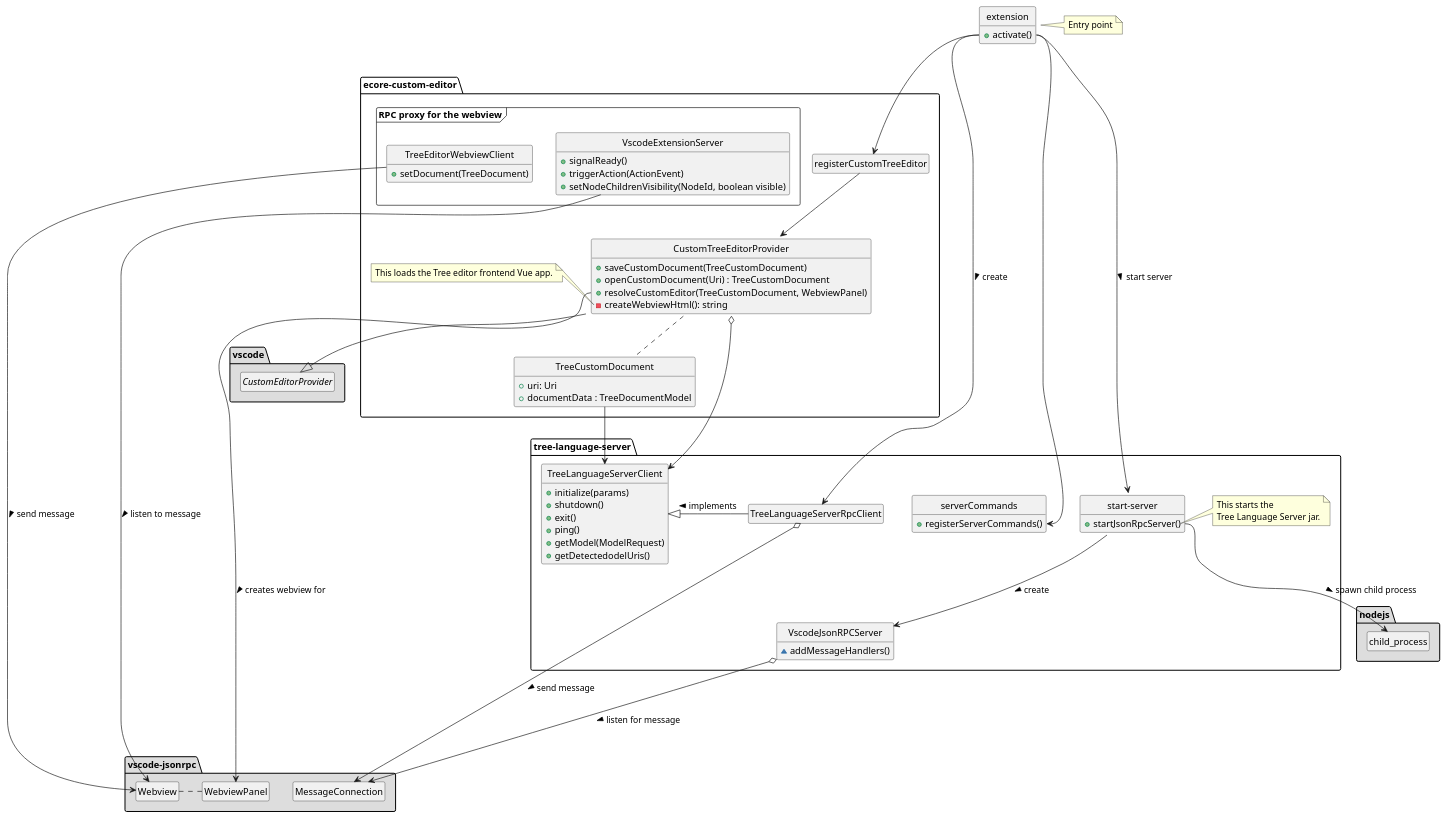
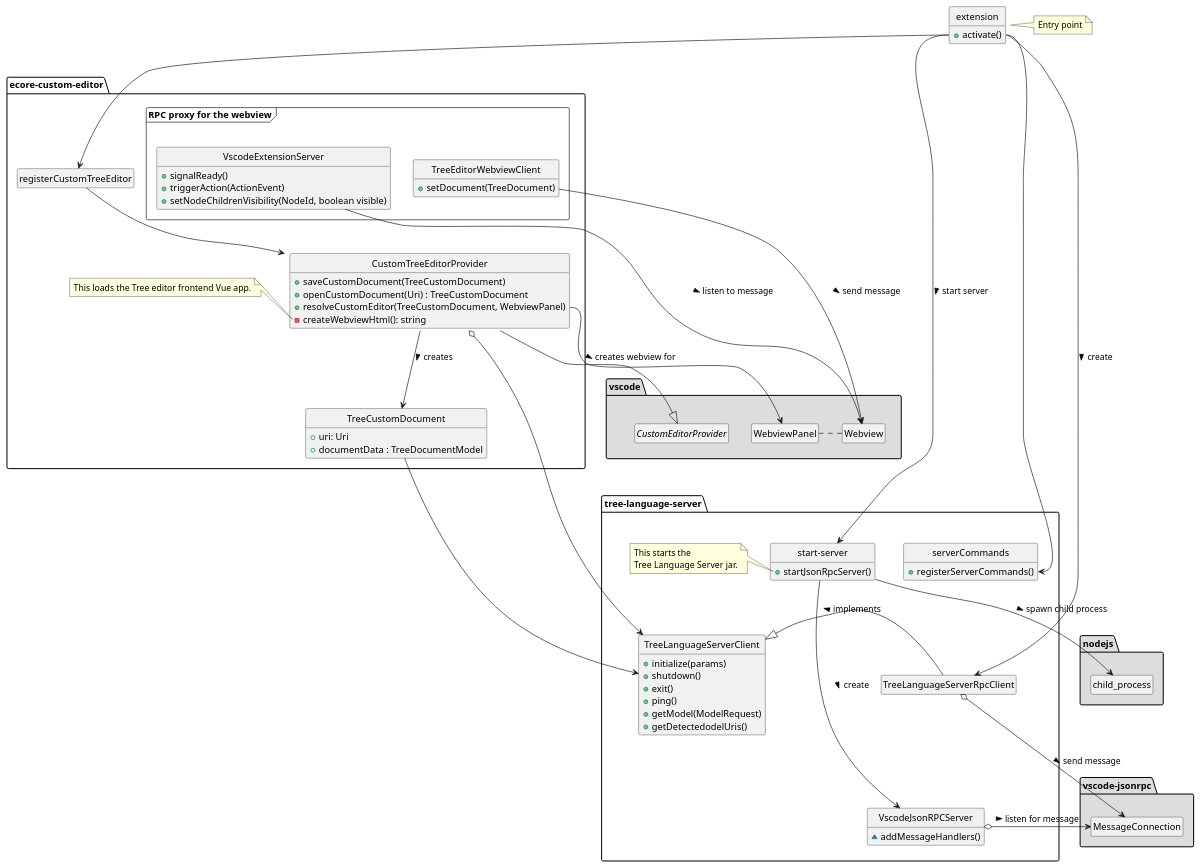
Before and after one commit to krissrex/tdt4900-master-thesis-cloud-modeling-latex: the diagram in figures/tree-editor-extension.code.puml, drawn with PlantUML. The commit also changed 9 other files, not shown here.

Commit message:
Improve diagrams

```diff
--- a/figures/tree-editor-extension.code.puml
+++ b/figures/tree-editor-extension.code.puml
@@ -1,118 +1,123 @@
 @startuml Tree_Editor_Extension_code
 hide empty members
 hide circle
 
 class extension {
   + activate()
 }
 
 note right of extension : Entry point
 
 package "tree-language-server" {
   class TreeLanguageServerRpcClient
 
   class "start-server" as startServer
 
   class serverCommands {
     + registerServerCommands()
   }
 
   class "start-server" as startServer {
     + startJsonRpcServer()
   }
 
-  note right of startServer::startJsonRpcServer
+  note left of startServer::startJsonRpcServer
     This starts the
     Tree Language Server jar.
   end note
 
 
   class TreeLanguageServerClient {
     + initialize(params)
     + shutdown()
     + exit()
     + ping()
     + getModel(ModelRequest)
     + getDetectedodelUris()
   }
 
   class VscodeJsonRPCServer {
     ~ addMessageHandlers()
   }
 
   startServer --> VscodeJsonRPCServer : create >
-  TreeLanguageServerRpcClient -|> TreeLanguageServerClient : implements >
+  TreeLanguageServerClient <|- TreeLanguageServerRpcClient  : implements <
+  TreeLanguageServerRpcClient -[hidden]u- startServer
+  VscodeJsonRPCServer -[hidden]u- TreeLanguageServerRpcClient
 }
 
 package "ecore-custom-editor" {
   class registerCustomTreeEditor
 
   class TreeCustomDocument {
     + uri: Uri
     + documentData : TreeDocumentModel
   }
 
   class CustomTreeEditorProvider {
     + saveCustomDocument(TreeCustomDocument)
     + openCustomDocument(Uri) : TreeCustomDocument
     + resolveCustomEditor(TreeCustomDocument, WebviewPanel)
     - createWebviewHtml(): string
   }
 
   note left of CustomTreeEditorProvider::createWebviewHtml
     This loads the Tree editor frontend Vue app.
   end note
 
   frame "RPC proxy for the webview" {
     class TreeEditorWebviewClient {
       + setDocument(TreeDocument)
     }
 
     class VscodeExtensionServer {
       + signalReady()
       + triggerAction(ActionEvent)
       + setNodeChildrenVisibility(NodeId, boolean visible)
     }
   }
 
-  CustomTreeEditorProvider .. TreeCustomDocument
+  CustomTreeEditorProvider --> TreeCustomDocument : creates >
   registerCustomTreeEditor --> CustomTreeEditorProvider
+}
+
+package nodejs #DDDDDD {
+  class "child_process" as childProcess
 }
 
 package vscode #DDDDDD {
   interface CustomEditorProvider
-}
-
-package vscode-jsonrpc #DDDDDD {
-  class MessageConnection
   class WebviewPanel
   class Webview
 
   WebviewPanel . Webview
 }
 
-package nodejs #DDDDDD {
-  class "child_process" as childProcess
+package vscode-jsonrpc as vscodeJsonrpc #DDDDDD {
+  class MessageConnection
 }
+
 
 extension::activate --> serverCommands::registerServerCommands
 extension::activate --> registerCustomTreeEditor
 extension::activate --> TreeLanguageServerRpcClient : create >
 extension::activate --> startServer : start server >
 
-VscodeJsonRPCServer o--> MessageConnection : listen for message >
-TreeLanguageServerRpcClient o----> MessageConnection : send message >
+VscodeJsonRPCServer o-> MessageConnection : listen for message >
+TreeLanguageServerRpcClient o--> MessageConnection : send message >
 
 CustomTreeEditorProvider --|> CustomEditorProvider
 CustomTreeEditorProvider o--> TreeLanguageServerClient
 
-CustomTreeEditorProvider::resolveCustomEditor --> WebviewPanel : creates webview for >
+CustomTreeEditorProvider::resolveCustomEditor -> WebviewPanel : creates webview for >
 
 TreeEditorWebviewClient --> Webview : send message >
 VscodeExtensionServer --> Webview : listen to message >
 
 TreeCustomDocument --> TreeLanguageServerClient
 
-startServer::startJsonRpcServer --> childProcess : spawn child process >
+startServer --> childProcess : spawn child process >
+
+vscode -[hidden]- "tree-language-server"
 
 @enduml
```
